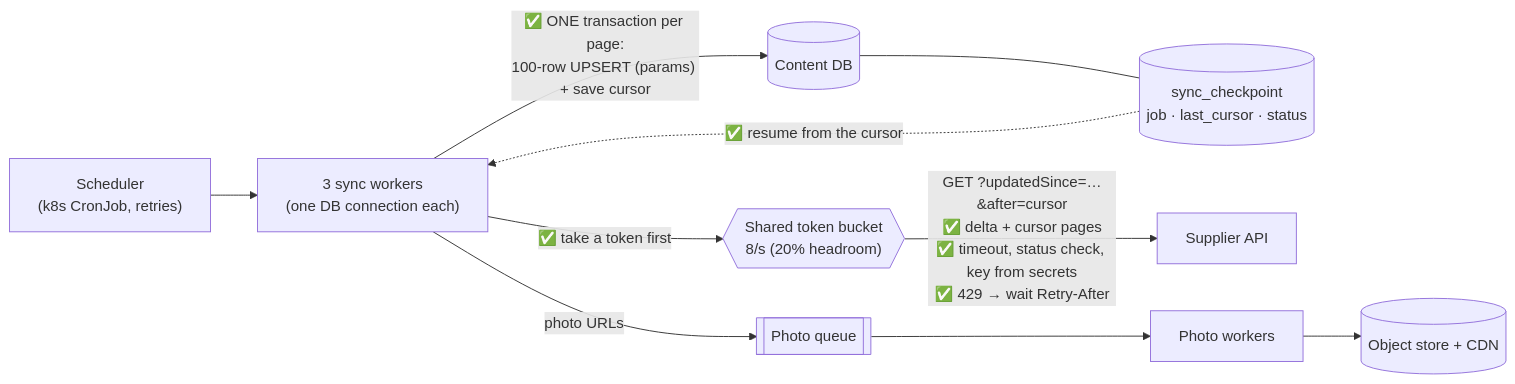
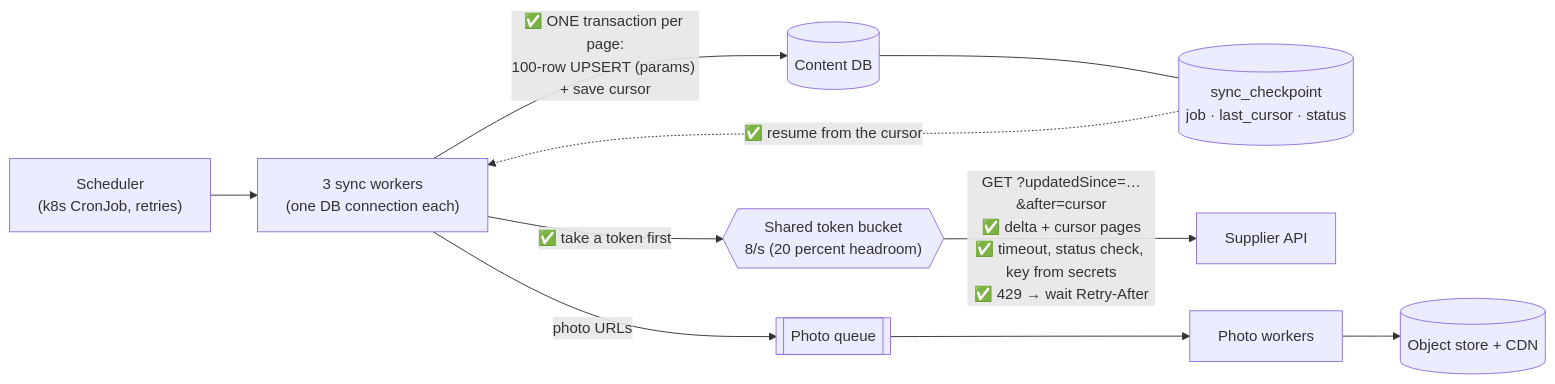
Before and after one commit to apsy3677/Study: diagram 11 of 14 in Agoda-Staff-BE-Prep/02-Platform-Round/05-Scenarios.md, drawn with Mermaid. The commit also changed other lines of this file and 4 other files, not shown here.

Commit message:
Add interview numbers sheet, Mock 1 answer diagrams and S5 key; fix Mock 3 diagram; log Mock 1

````diff
--- a/Agoda-Staff-BE-Prep/02-Platform-Round/05-Scenarios.md
+++ b/Agoda-Staff-BE-Prep/02-Platform-Round/05-Scenarios.md
@@ -378,10 +378,10 @@
 ```mermaid
 flowchart LR
     SCH["Scheduler<br/>(k8s CronJob, retries)"] --> W["3 sync workers<br/>(one DB connection each)"]
     CP[("sync_checkpoint<br/>job · last_cursor · status")] -.->|"✅ resume from the cursor"| W
-    W -->|"✅ take a token first"| TB{{"Shared token bucket<br/>8/s (20% headroom)"}}
+    W -->|"✅ take a token first"| TB{{"Shared token bucket<br/>8/s (20 percent headroom)"}}
     TB -->|"GET ?updatedSince=…&after=cursor<br/>✅ delta + cursor pages<br/>✅ timeout, status check, key from secrets<br/>✅ 429 → wait Retry-After"| S["Supplier API"]
     W -->|"✅ ONE transaction per page:<br/>100-row UPSERT (params) + save cursor"| DB[("Content DB")]
     DB --- CP
     W -->|"photo URLs"| Q[["Photo queue"]] --> PW["Photo workers"] --> OS[("Object store + CDN")]
 ```
````
